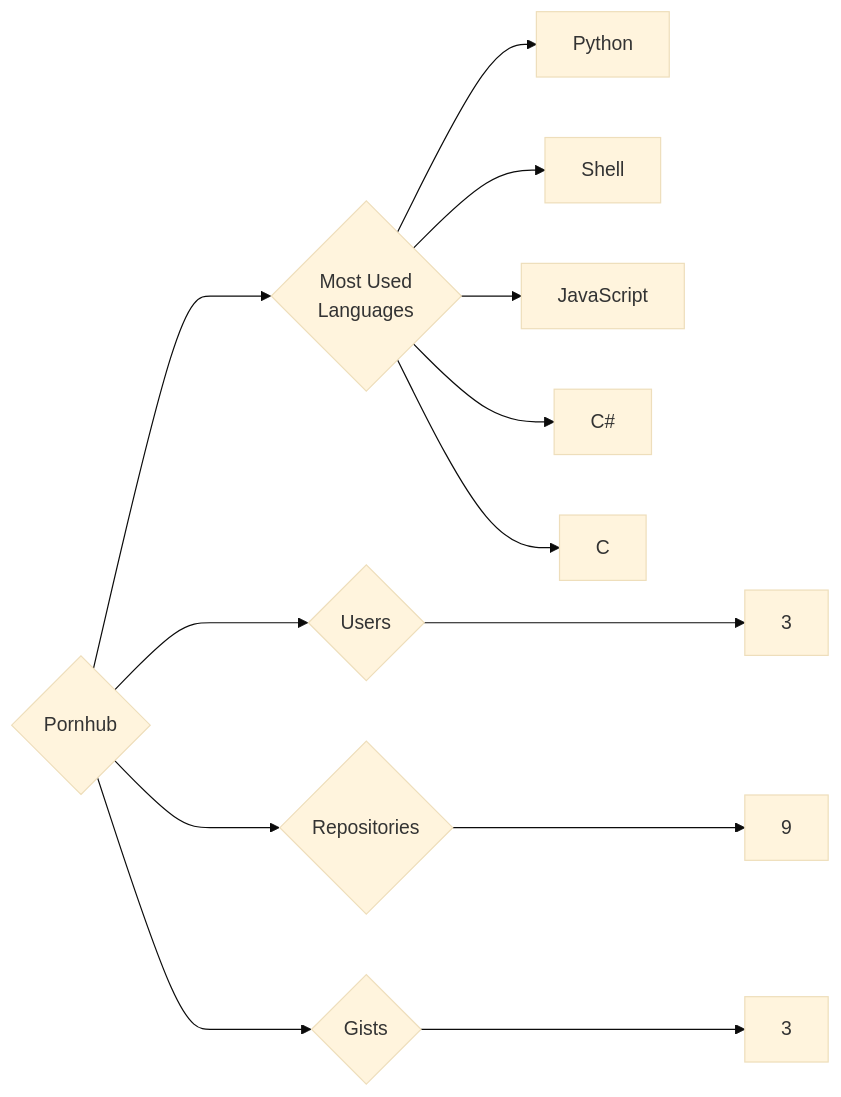
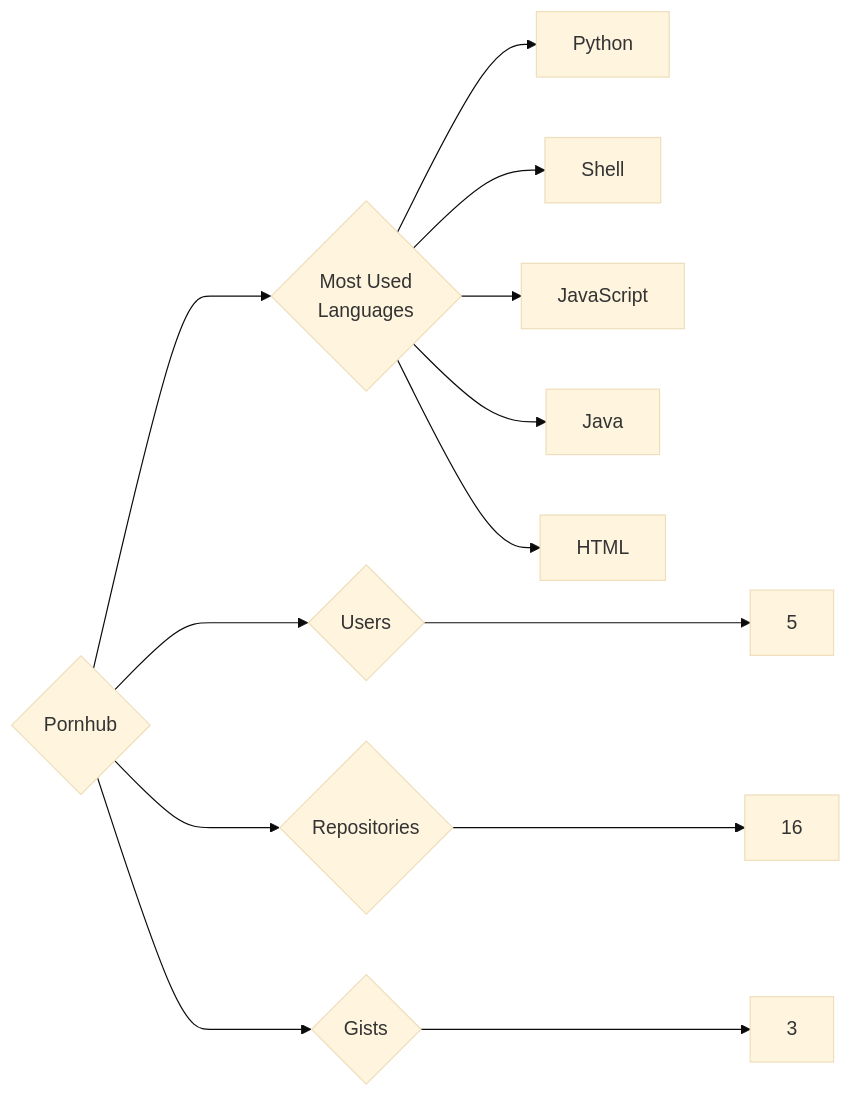
The diagram in targets/Pornhub/README.md (trickest/insiders), drawn with Mermaid (base theme) before and after one commit. The commit also changed 1479 other files, not shown here.

````diff
--- a/targets/Pornhub/README.md
+++ b/targets/Pornhub/README.md
@@ -3,13 +3,13 @@
 ```mermaid
 graph LR
 COMPANY_NAME{Pornhub}
-COMPANY_NAME ---> U{Users} ---> UN[3]
-COMPANY_NAME ---> R{Repositories} ---> RN[9]
+COMPANY_NAME ---> U{Users} ---> UN[5]
+COMPANY_NAME ---> R{Repositories} ---> RN[16]
 COMPANY_NAME ---> G{Gists} ---> GN[3]
 COMPANY_NAME ---> ML{Most Used<br>Languages}
 ML --> Python[Python]
 ML --> Shell[Shell]
 ML --> JavaScript[JavaScript]
-ML --> C#[C#]
-ML --> C[C]
+ML --> Java[Java]
+ML --> HTML[HTML]
 ```
````
